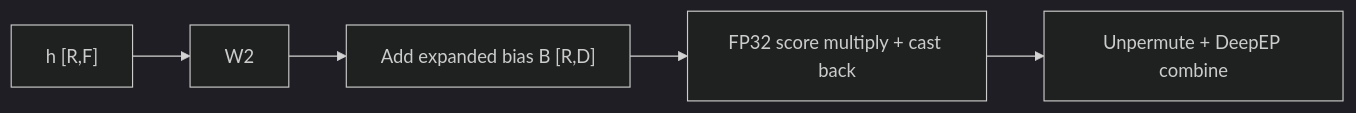
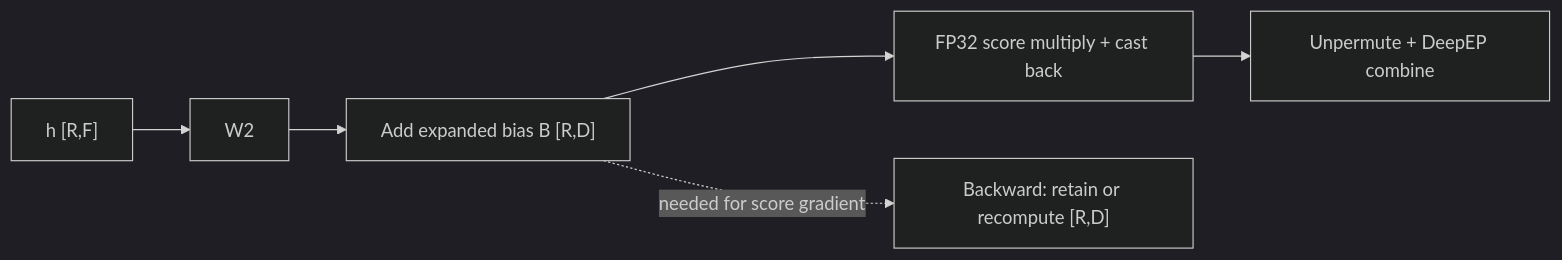
Before and after one commit to pytorch/torchtitan: the first of 3 diagrams in torchtitan/models/common/moe/ROUTER_SCORE_ABSORPTION.md, drawn with Mermaid (dark theme). The commit also changed other lines of this file and 2 other files, not shown here.

First line of the commit message:
docs(moe): explain absorption memory and recompute tradeoffs

````diff
--- a/torchtitan/models/common/moe/ROUTER_SCORE_ABSORPTION.md
+++ b/torchtitan/models/common/moe/ROUTER_SCORE_ABSORPTION.md
@@ -15,6 +53,7 @@
 ```mermaid
 flowchart LR
     H["h [R,F]"] --> W["W2"] --> A["Add expanded bias B [R,D]"]
     A --> S["FP32 score multiply + cast back"]
     S --> C["Unpermute + DeepEP combine"]
+    A -. "needed for score gradient" .-> G["Backward: retain or recompute [R,D]"]
 ```
````
